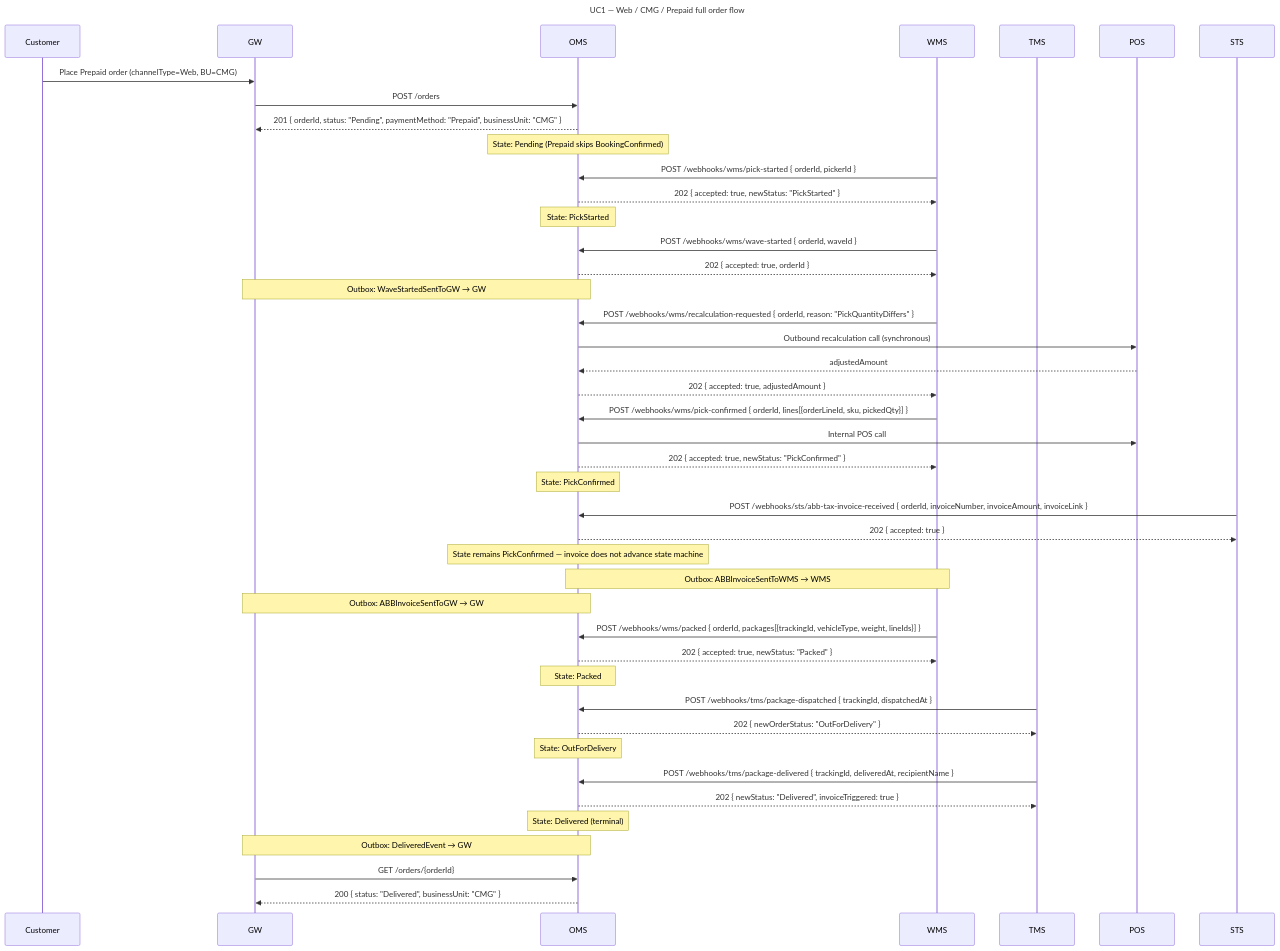
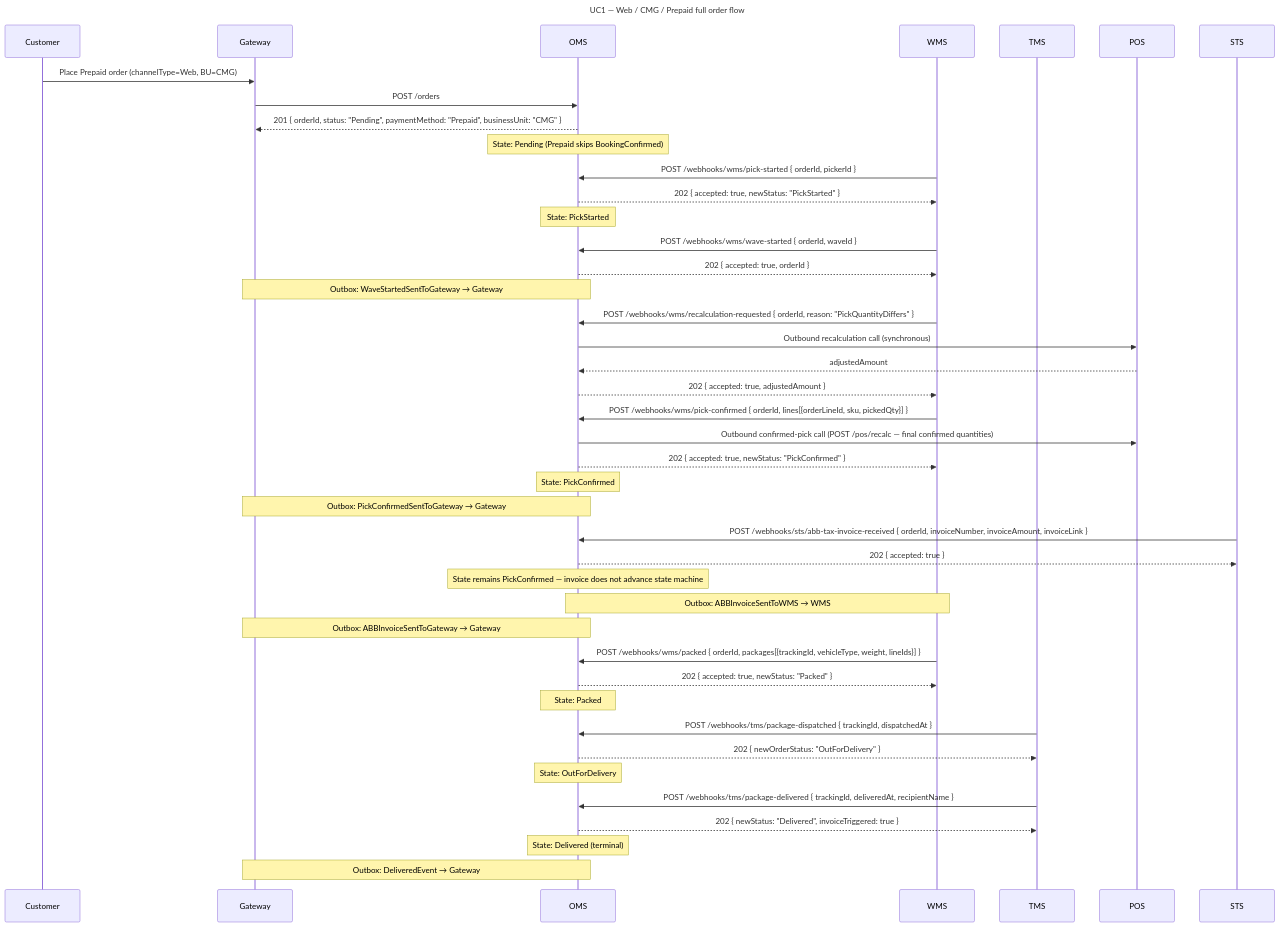
One commit to rosered11/oms-claude changed the first of 13 diagrams in docs/oms-e2e-sequence-diagrams.md. Above: the diagram before and after it, drawn with Mermaid. The commit also changed other lines of this file and 48 other files, not shown here.

````diff
--- a/docs/oms-e2e-sequence-diagrams.md
+++ b/docs/oms-e2e-sequence-diagrams.md
@@ -16,57 +16,55 @@
 ```mermaid
 sequenceDiagram
   title: UC1 — Web / CMG / Prepaid full order flow
 
   participant Customer
-  participant GW
+  participant Gateway
   participant OMS
   participant WMS
   participant TMS
   participant POS
   participant STS
 
-  Customer->>GW: Place Prepaid order (channelType=Web, BU=CMG)
-  GW->>OMS: POST /orders
-  OMS-->>GW: 201 { orderId, status: "Pending", paymentMethod: "Prepaid", businessUnit: "CMG" }
+  Customer->>Gateway: Place Prepaid order (channelType=Web, BU=CMG)
+  Gateway->>OMS: POST /orders
+  OMS-->>Gateway: 201 { orderId, status: "Pending", paymentMethod: "Prepaid", businessUnit: "CMG" }
   Note over OMS: State: Pending (Prepaid skips BookingConfirmed)
 
   WMS->>OMS: POST /webhooks/wms/pick-started { orderId, pickerId }
   OMS-->>WMS: 202 { accepted: true, newStatus: "PickStarted" }
   Note over OMS: State: PickStarted
 
   WMS->>OMS: POST /webhooks/wms/wave-started { orderId, waveId }
   OMS-->>WMS: 202 { accepted: true, orderId }
-  Note over OMS,GW: Outbox: WaveStartedSentToGW → GW
+  Note over OMS,Gateway: Outbox: WaveStartedSentToGateway → Gateway
 
   WMS->>OMS: POST /webhooks/wms/recalculation-requested { orderId, reason: "PickQuantityDiffers" }
   OMS->>POS: Outbound recalculation call (synchronous)
   POS-->>OMS: adjustedAmount
   OMS-->>WMS: 202 { accepted: true, adjustedAmount }
 
   WMS->>OMS: POST /webhooks/wms/pick-confirmed { orderId, lines[{orderLineId, sku, pickedQty}] }
-  OMS->>POS: Internal POS call
+  OMS->>POS: Outbound confirmed-pick call (POST /pos/recalc — final confirmed quantities)
   OMS-->>WMS: 202 { accepted: true, newStatus: "PickConfirmed" }
   Note over OMS: State: PickConfirmed
+  Note over OMS,Gateway: Outbox: PickConfirmedSentToGateway → Gateway
 
   STS->>OMS: POST /webhooks/sts/abb-tax-invoice-received { orderId, invoiceNumber, invoiceAmount, invoiceLink }
   OMS-->>STS: 202 { accepted: true }
   Note over OMS: State remains PickConfirmed — invoice does not advance state machine
   Note over OMS,WMS: Outbox: ABBInvoiceSentToWMS → WMS
-  Note over OMS,GW: Outbox: ABBInvoiceSentToGW → GW
+  Note over OMS,Gateway: Outbox: ABBInvoiceSentToGateway → Gateway
 
   WMS->>OMS: POST /webhooks/wms/packed { orderId, packages[{trackingId, vehicleType, weight, lineIds}] }
   OMS-->>WMS: 202 { accepted: true, newStatus: "Packed" }
   Note over OMS: State: Packed
 
   TMS->>OMS: POST /webhooks/tms/package-dispatched { trackingId, dispatchedAt }
   OMS-->>TMS: 202 { newOrderStatus: "OutForDelivery" }
   Note over OMS: State: OutForDelivery
 
   TMS->>OMS: POST /webhooks/tms/package-delivered { trackingId, deliveredAt, recipientName }
   OMS-->>TMS: 202 { newStatus: "Delivered", invoiceTriggered: true }
   Note over OMS: State: Delivered (terminal)
-  Note over OMS,GW: Outbox: DeliveredEvent → GW
-
-  GW->>OMS: GET /orders/{orderId}
-  OMS-->>GW: 200 { status: "Delivered", businessUnit: "CMG" }
+  Note over OMS,Gateway: Outbox: DeliveredEvent → Gateway
 ```
````
